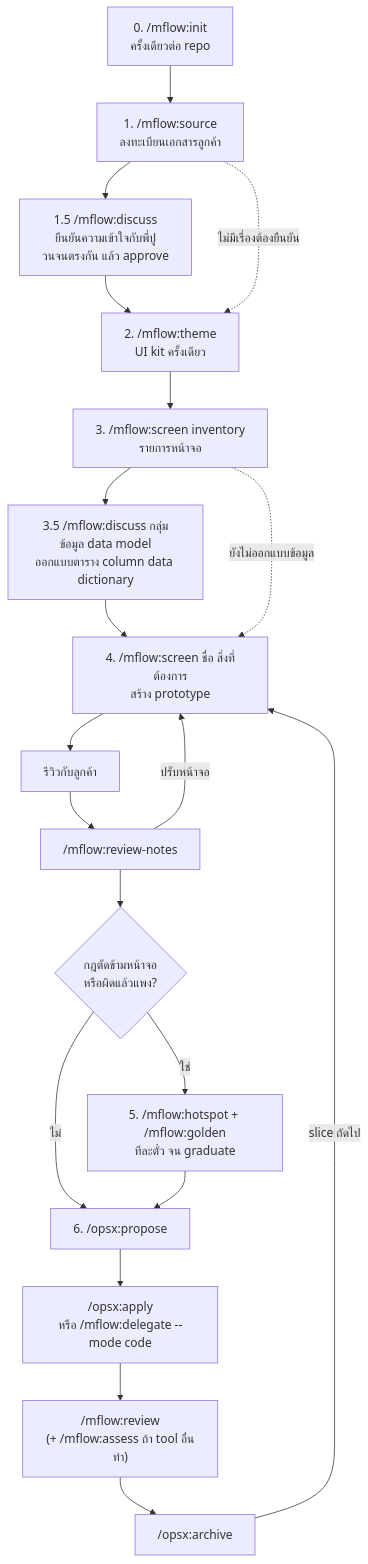
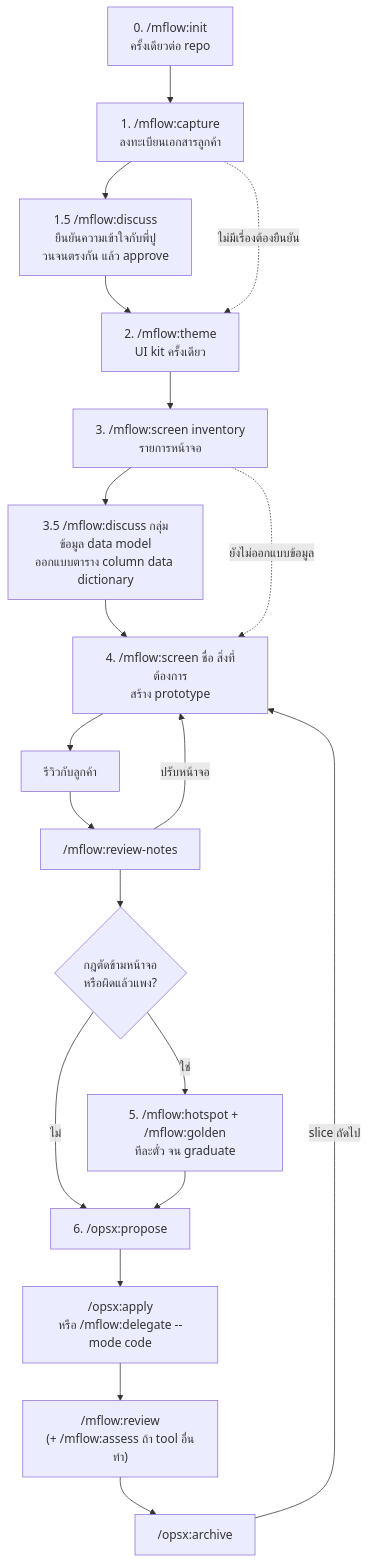
One commit to mounchons/mflow-marketplace changed the diagram in docs/manual.md. Above: the diagram before and after it, drawn with Mermaid. The commit also changed other lines of this file and 14 other files, not shown here.

First line of the commit message:
Rename /mflow:source to /mflow:capture (v0.8.0)

````diff
--- a/docs/manual.md
+++ b/docs/manual.md
@@ -22,22 +22,22 @@
 ```mermaid
 flowchart TD
-    S0["0. /mflow:init<br/>ครั้งเดียวต่อ repo"] --> S1["1. /mflow:source<br/>ลงทะเบียนเอกสารลูกค้า"]
+    S0["0. /mflow:init<br/>ครั้งเดียวต่อ repo"] --> S1["1. /mflow:capture<br/>ลงทะเบียนเอกสารลูกค้า"]
     S1 --> D["1.5 /mflow:discuss<br/>ยืนยันความเข้าใจกับพี่ปู<br/>วนจนตรงกัน แล้ว approve"]
     D --> S2["2. /mflow:theme<br/>UI kit ครั้งเดียว"]
     S1 -.->|ไม่มีเรื่องต้องยืนยัน| S2
     S2 --> S3["3. /mflow:screen inventory<br/>รายการหน้าจอ"]
     S3 --> DM["3.5 /mflow:discuss กลุ่มข้อมูล data model<br/>ออกแบบตาราง column data dictionary"]
     DM --> S4["4. /mflow:screen ชื่อ สิ่งที่ต้องการ<br/>สร้าง prototype"]
     S3 -.->|ยังไม่ออกแบบข้อมูล| S4
     S4 --> R["รีวิวกับลูกค้า"]
     R --> RN["/mflow:review-notes"]
     RN -->|ปรับหน้าจอ| S4
     RN --> Q{"กฎตัดข้ามหน้าจอ<br/>หรือผิดแล้วแพง?"}
     Q -->|ใช่| H["5. /mflow:hotspot + /mflow:golden<br/>ทีละตั๋ว จน graduate"]
     Q -->|ไม่| P
     H --> P["6. /opsx:propose"]
     P --> A["/opsx:apply<br/>หรือ /mflow:delegate --mode code"]
     A --> V["/mflow:review<br/>(+ /mflow:assess ถ้า tool อื่นทำ)"]
     V --> AR["/opsx:archive"]
     AR -->|slice ถัดไป| S4
 ```
````
